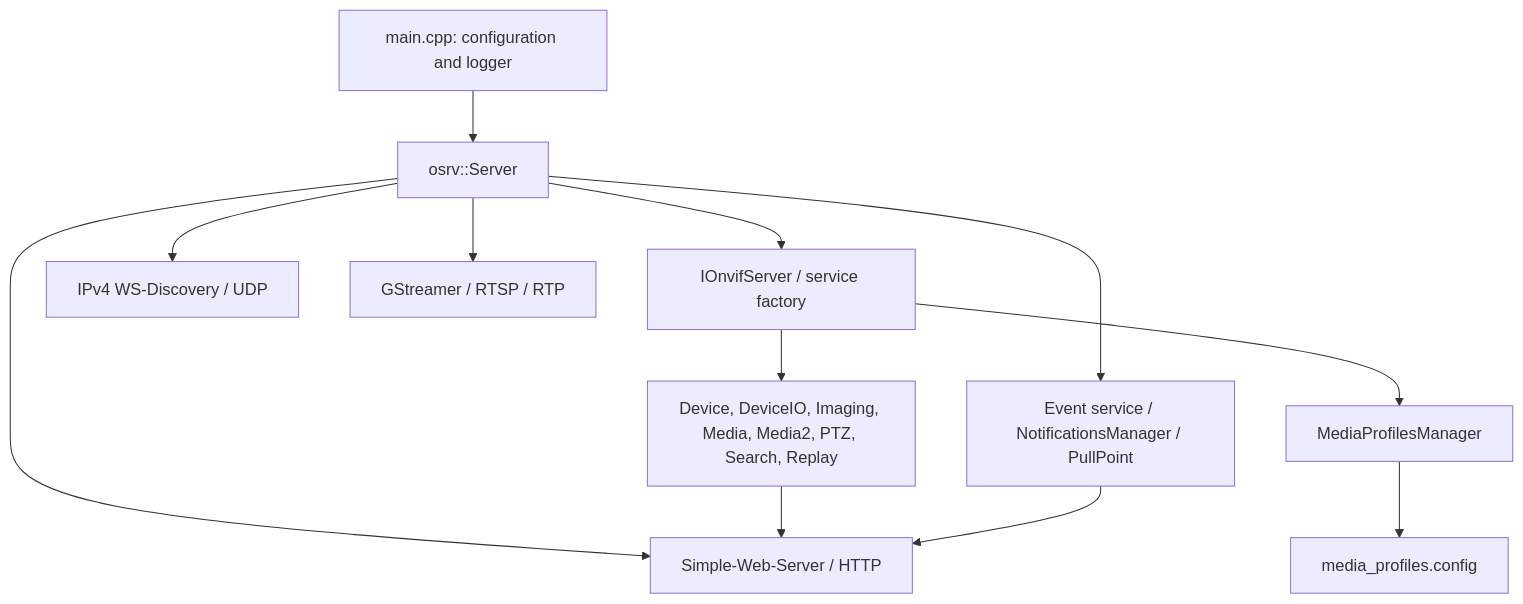
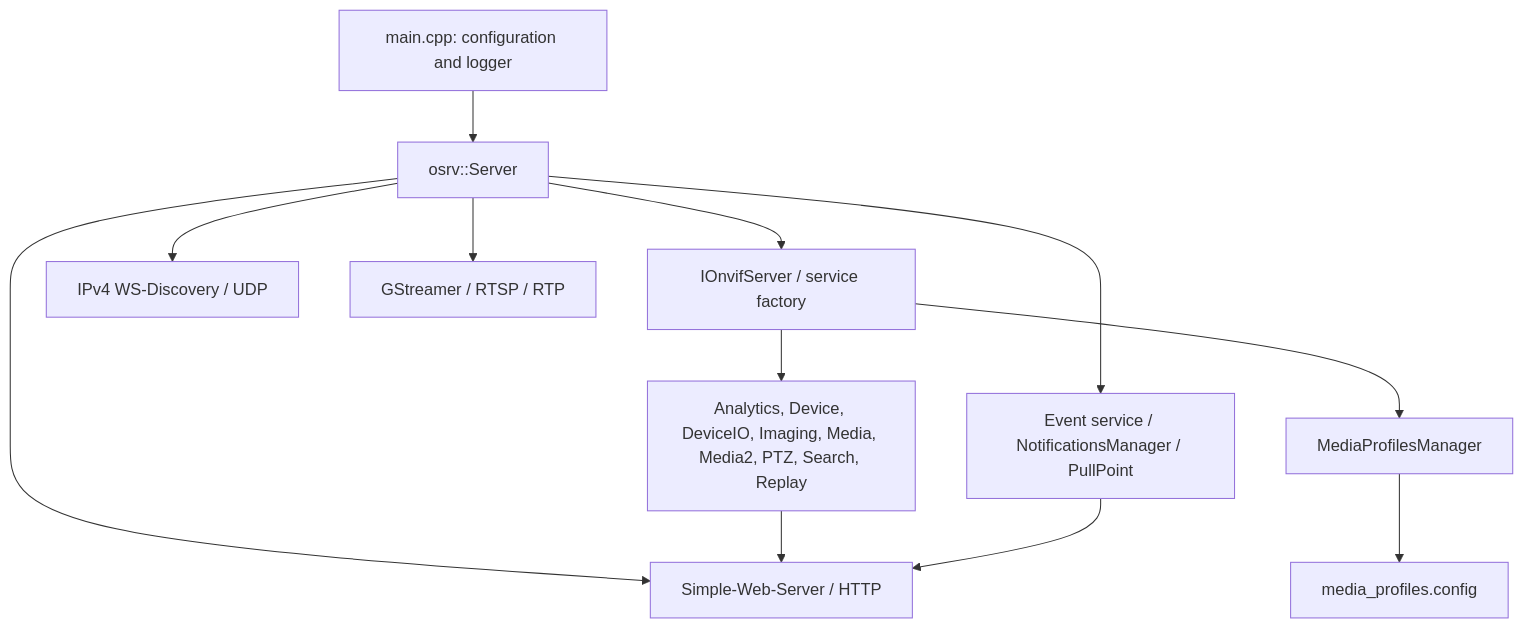
The diagram in docs/architecture.md (Abay11/onvif_server_emulator), drawn with Mermaid before and after one commit. The commit also changed other lines of this file and 32 other files, not shown here.

````diff
--- a/docs/architecture.md
+++ b/docs/architecture.md
@@ -65,14 +65,14 @@
 ```mermaid
 flowchart TD
     Main[main.cpp: configuration and logger] --> Server[osrv::Server]
     Server --> HTTP[Simple-Web-Server / HTTP]
     Server --> Context[IOnvifServer / service factory]
-    Context --> SOAP[Device, DeviceIO, Imaging, Media, Media2, PTZ, Search, Replay]
+    Context --> SOAP[Analytics, Device, DeviceIO, Imaging, Media, Media2, PTZ, Search, Replay]
     SOAP --> HTTP
     Context --> Profiles[MediaProfilesManager]
     Profiles --> JSON[media_profiles.config]
     Server --> Events[Event service / NotificationsManager / PullPoint]
     Events --> HTTP
     Server --> Discovery[IPv4 WS-Discovery / UDP]
     Server --> RTSP[GStreamer / RTSP / RTP]
 ```
````
